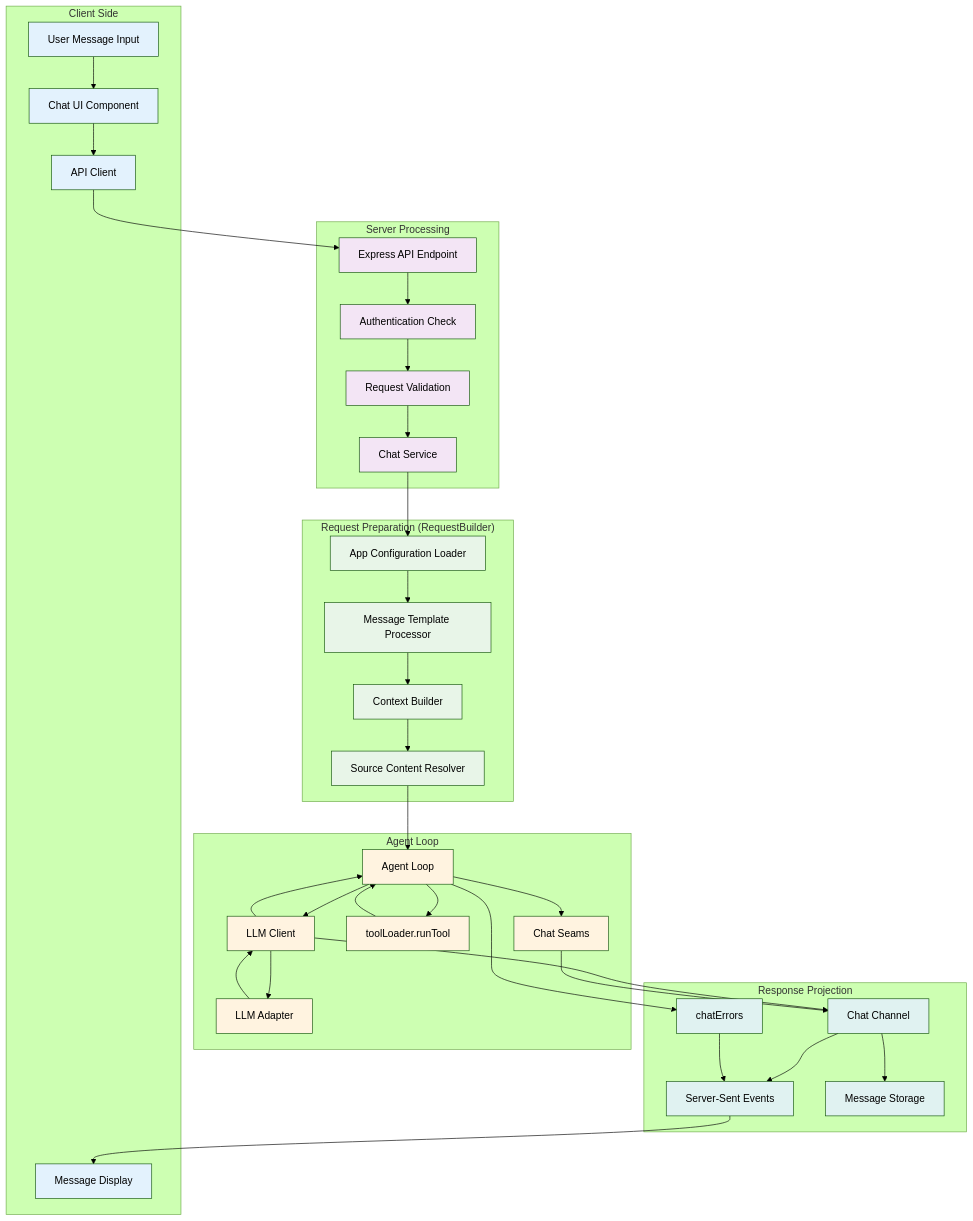
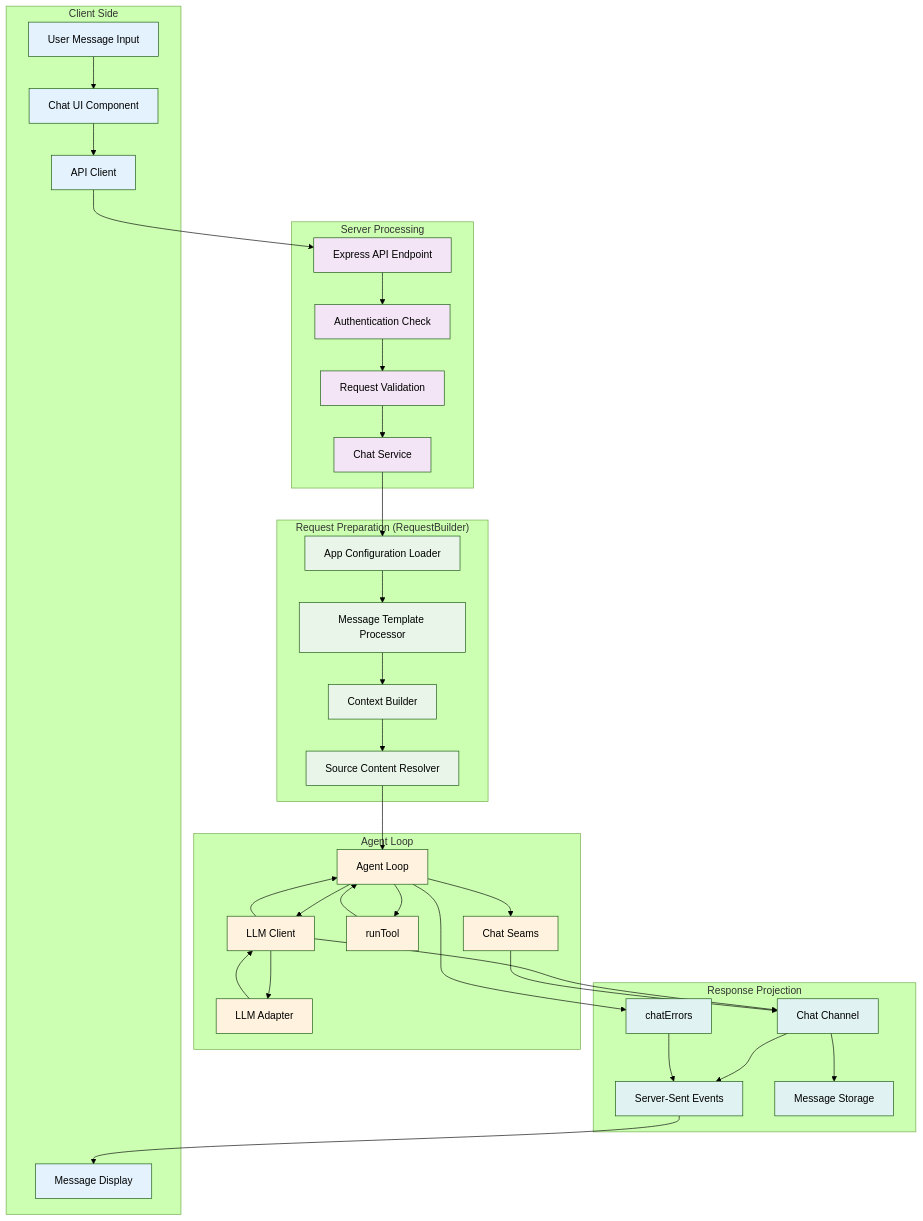
Before and after one commit to intrafind/ihub-apps: diagram 21 of 22 in docs/diagrams.md, drawn with Mermaid (forest theme). The commit also changed other lines of this file and 81 other files, not shown here.

First line of the commit message:
refactor(tools): split toolLoader.js into services/tools/{catalog,webSearchResolver,appTools,runTool}.js (#3237)

````diff
--- a/docs/diagrams.md
+++ b/docs/diagrams.md
@@ -1460,82 +1460,82 @@
 ```mermaid
 flowchart TD
     subgraph "Client Side"
         UserInput[User Message Input]
         ChatUI[Chat UI Component]
         APIClient[API Client]
         MessageDisplay[Message Display]
     end
 
     subgraph "Server Processing"
         ExpressAPI[Express API Endpoint]
         AuthCheck[Authentication Check]
         RequestValidation[Request Validation]
         ChatService[Chat Service]
     end
 
     subgraph "Request Preparation (RequestBuilder)"
         ConfigLoader[App Configuration Loader]
         TemplateProcessor[Message Template Processor]
         ContextBuilder[Context Builder]
         SourceResolver[Source Content Resolver]
     end
 
     subgraph "Agent Loop"
         AgentLoop[Agent Loop]
         LLMClient[LLM Client]
         Adapter[LLM Adapter]
-        ToolRunner[toolLoader.runTool]
+        ToolRunner[runTool]
         Seams[Chat Seams]
     end
 
     subgraph "Response Projection"
         Channel[Chat Channel]
         ErrorMapper[chatErrors]
         SSEStream[Server-Sent Events]
         MessageStorage[Message Storage]
     end
 
     UserInput --> ChatUI
     ChatUI --> APIClient
     APIClient --> ExpressAPI
 
     ExpressAPI --> AuthCheck
     AuthCheck --> RequestValidation
     RequestValidation --> ChatService
 
     ChatService --> ConfigLoader
     ConfigLoader --> TemplateProcessor
     TemplateProcessor --> ContextBuilder
     ContextBuilder --> SourceResolver
 
     SourceResolver --> AgentLoop
     AgentLoop --> LLMClient
     LLMClient --> Adapter
     Adapter --> LLMClient
     LLMClient --> AgentLoop
     AgentLoop --> ToolRunner
     ToolRunner --> AgentLoop
     AgentLoop --> Seams
 
     LLMClient --> Channel
     Seams --> Channel
     Channel --> SSEStream
     SSEStream --> MessageDisplay
 
     AgentLoop --> ErrorMapper
     ErrorMapper --> SSEStream
 
     Channel --> MessageStorage
 
     classDef client fill:#e3f2fd
     classDef server fill:#f3e5f5
     classDef preparation fill:#e8f5e8
     classDef loop fill:#fff3e0
     classDef response fill:#e0f2f1
 
     class UserInput,ChatUI,APIClient,MessageDisplay client
     class ExpressAPI,AuthCheck,RequestValidation,ChatService server
     class ConfigLoader,TemplateProcessor,ContextBuilder,SourceResolver preparation
     class AgentLoop,LLMClient,Adapter,ToolRunner,Seams loop
     class Channel,ErrorMapper,SSEStream,MessageStorage response
 ```
````
